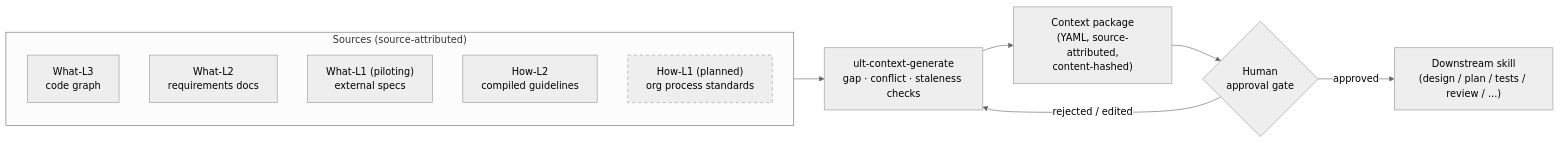
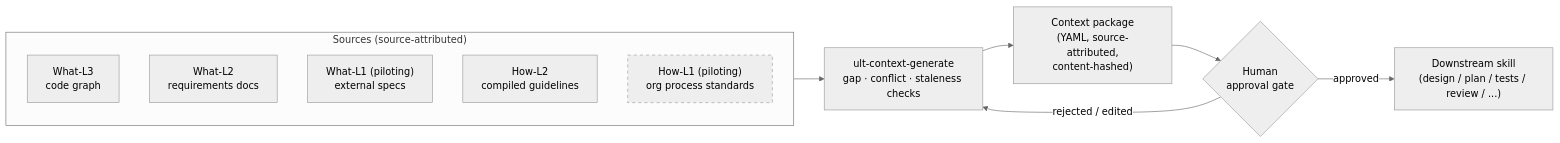
One commit to linkpranay-ai/context-engineering-protocol changed the first of 2 diagrams in PROTOCOL.md. Above: the diagram before and after it, drawn with Mermaid (neutral theme). The commit also changed other lines of this file and 11 other files, not shown here.

````diff
--- a/PROTOCOL.md
+++ b/PROTOCOL.md
@@ -58,18 +58,18 @@
 ```mermaid
 flowchart LR
     subgraph Sources["Sources (source-attributed)"]
         L3["What-L3<br/>code graph"]
         L2W["What-L2<br/>requirements docs"]
         L1W["What-L1 (piloting)<br/>external specs"]
         L2H["How-L2<br/>compiled guidelines"]
-        L1H["How-L1 (planned)<br/>org process standards"]
+        L1H["How-L1 (piloting)<br/>org process standards"]
     end
 
     Sources --> Engine["ult-context-generate<br/>gap · conflict · staleness checks"]
     Engine --> Package["Context package<br/>(YAML, source-attributed,<br/>content-hashed)"]
     Package --> Gate{"Human<br/>approval gate"}
     Gate -- approved --> Consumer["Downstream skill<br/>(design / plan / tests / review / ...)"]
     Gate -- rejected / edited --> Engine
 
     style L1H stroke-dasharray: 5 5
 ```
````
